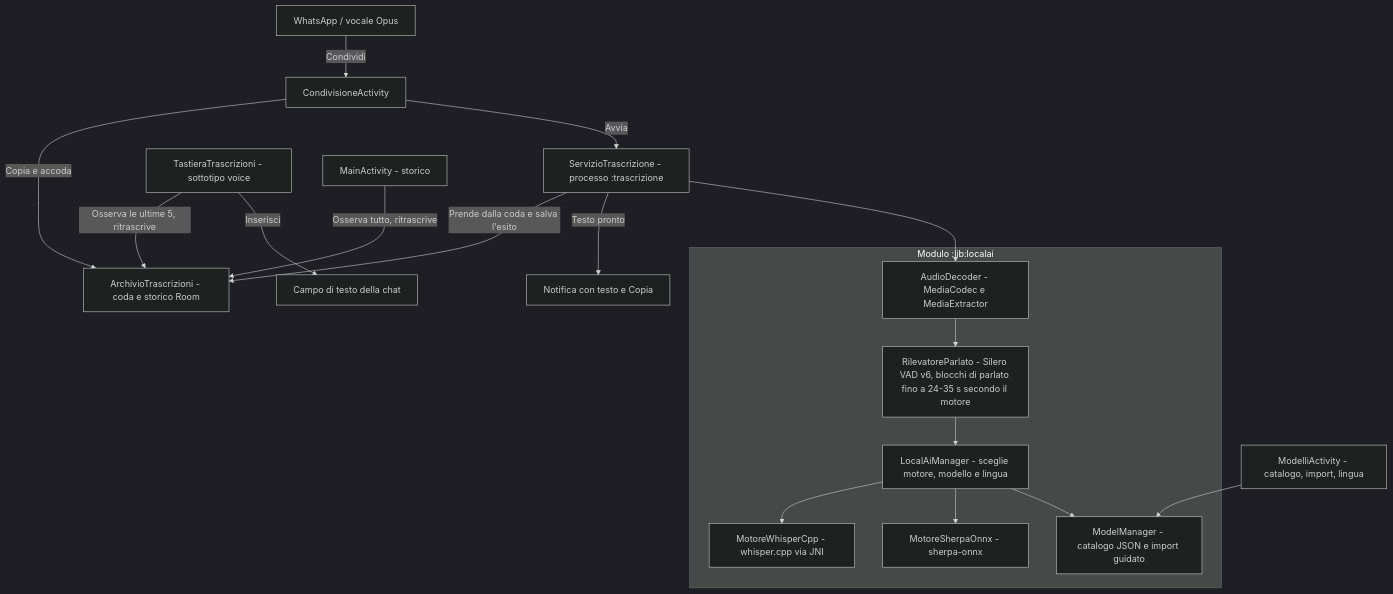
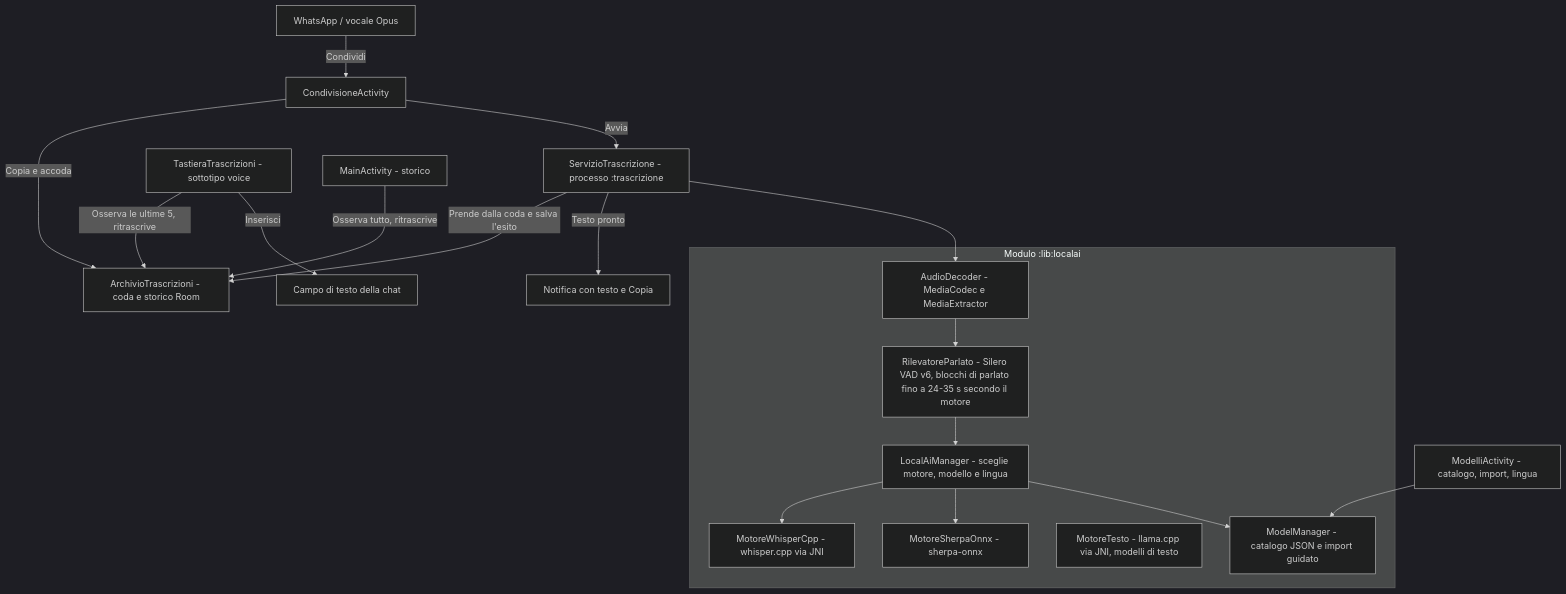
Before and after one commit to donatogranvilla/PoldoKeyboard: the diagram in docs/sviluppo.md, drawn with Mermaid (dark theme). The commit also changed other lines of this file and 2 other files, not shown here.

Commit message:
Motore di testo: LlamaNative e MotoreTesto, generico su istruzione e testo

````diff
--- a/docs/sviluppo.md
+++ b/docs/sviluppo.md
@@ -7,26 +7,27 @@
 ```mermaid
 graph TD
     A[WhatsApp / vocale Opus] -->|Condividi| B[CondivisioneActivity]
     B -->|Copia e accoda| Q[ArchivioTrascrizioni - coda e storico Room]
     B -->|Avvia| S[ServizioTrascrizione - processo :trascrizione]
     S -->|Prende dalla coda e salva l'esito| Q
     S -->|Testo pronto| N[Notifica con testo e Copia]
     T[TastieraTrascrizioni - sottotipo voice] -->|Osserva le ultime 5, ritrascrive| Q
     T -->|Inserisci| M[Campo di testo della chat]
     P[MainActivity - storico] -->|Osserva tutto, ritrascrive| Q
     MA[ModelliActivity - catalogo, import, lingua] --> J
 
     subgraph "Modulo :lib:localai"
         E[AudioDecoder - MediaCodec e MediaExtractor]
         F[RilevatoreParlato - Silero VAD v6, blocchi di parlato fino a 24-35 s secondo il motore]
         L[LocalAiManager - sceglie motore, modello e lingua]
         H[MotoreWhisperCpp - whisper.cpp via JNI]
+        MT[MotoreTesto - llama.cpp via JNI, modelli di testo]
         K[MotoreSherpaOnnx - sherpa-onnx]
         J[ModelManager - catalogo JSON e import guidato]
     end
 
     S --> E --> F --> L
     L --> H
     L --> K
     L --> J
 ```
````
